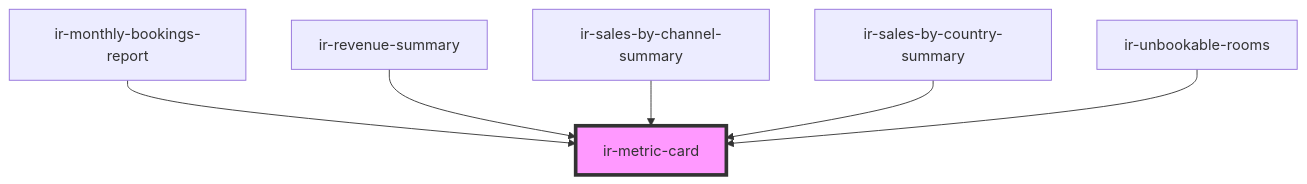
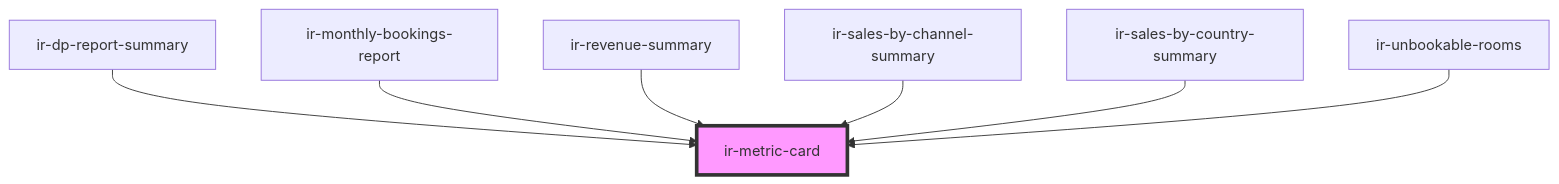
The diagram in src/components/ir-metric-card/readme.md (RonyRizk/ir-webcmp), drawn with Mermaid before and after one commit. The commit also changed other lines of this file and 107 other files, not shown here.

````diff
--- a/src/components/ir-metric-card/readme.md
+++ b/src/components/ir-metric-card/readme.md
@@ -93,9 +94,10 @@
 ```mermaid
 graph TD;
+  ir-dp-report-summary --> ir-metric-card
   ir-monthly-bookings-report --> ir-metric-card
   ir-revenue-summary --> ir-metric-card
   ir-sales-by-channel-summary --> ir-metric-card
   ir-sales-by-country-summary --> ir-metric-card
   ir-unbookable-rooms --> ir-metric-card
   style ir-metric-card fill:#f9f,stroke:#333,stroke-width:4px
 ```
````
